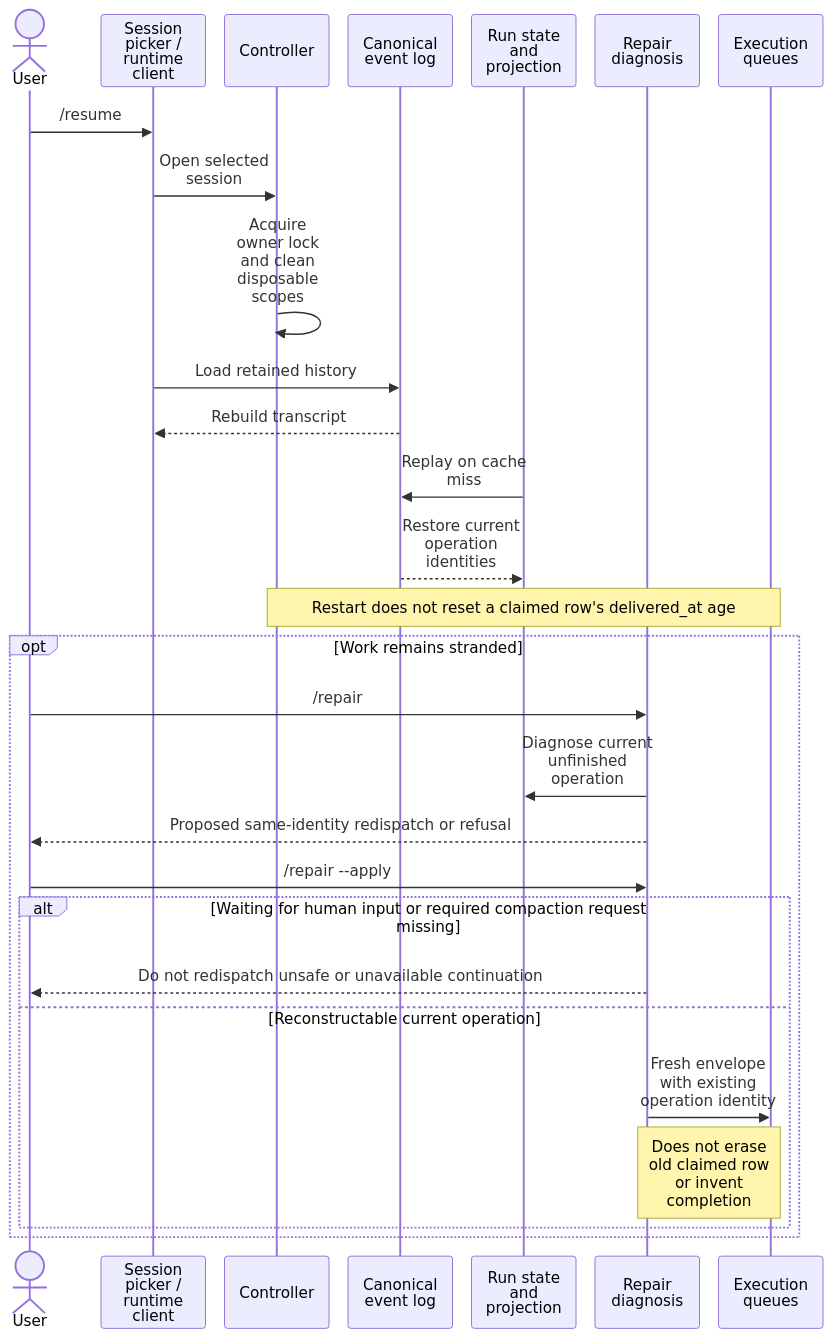
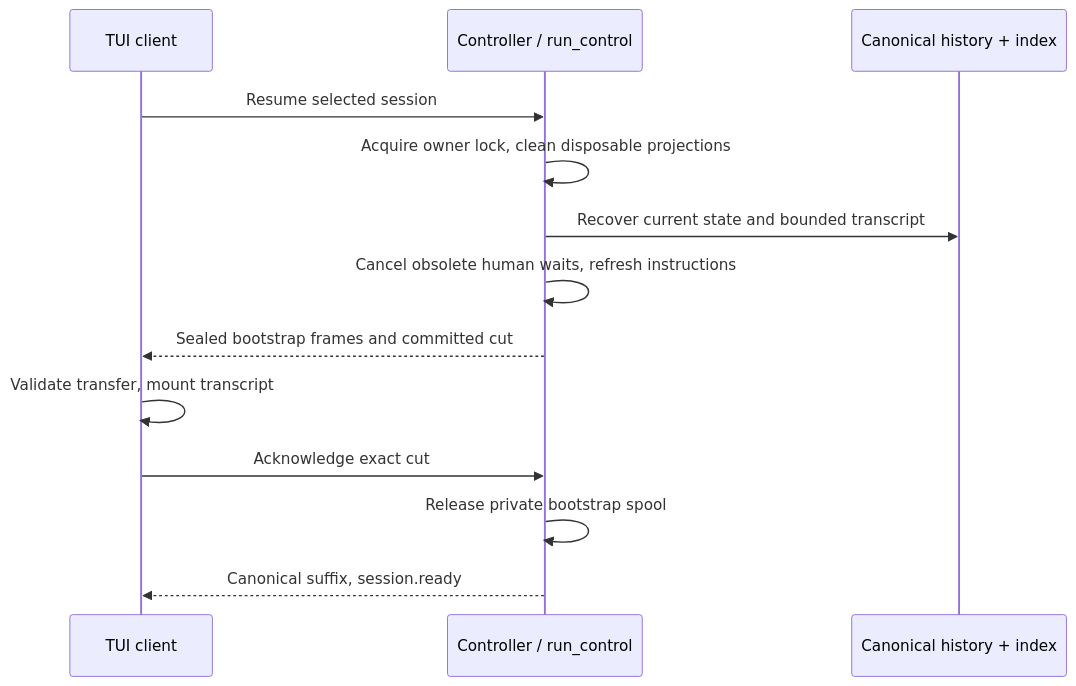
The second of 2 diagrams in architecture/state-and-recovery.md (ineersa/agent-core), drawn with Mermaid before and after one commit. The commit also changed other lines of this file and 43 other files, not shown here.

Commit message:
Refresh operational guides and runtime architecture documentation

````diff
--- a/architecture/state-and-recovery.md
+++ b/architecture/state-and-recovery.md
@@ -86,32 +58,15 @@
 ```mermaid
-%%{init: {"sequence": {"wrap": true, "width": 110, "actorMargin": 20, "diagramMarginX": 10, "messageMargin": 30}}}%%
 sequenceDiagram
-    actor User
-    participant UI as Session picker / runtime client
-    participant Owner as Controller
-    participant Log as Canonical event log
-    participant State as Run state and projection
-    participant Repair as Repair diagnosis
-    participant Queue as Execution queues
-
-    User->>UI: /resume
-    UI->>Owner: Open selected session
-    Owner->>Owner: Acquire owner lock and clean disposable scopes
-    UI->>Log: Load retained history
-    Log-->>UI: Rebuild transcript
-    State->>Log: Replay on cache miss
-    Log-->>State: Restore current operation identities
-    Note over Owner,Queue: Restart does not reset a claimed row's delivered_at age
-    opt Work remains stranded
-        User->>Repair: /repair
-        Repair->>State: Diagnose current unfinished operation
-        Repair-->>User: Proposed same-identity redispatch or refusal
-        User->>Repair: /repair --apply
-        alt Waiting for human input or required compaction request missing
-            Repair-->>User: Do not redispatch unsafe or unavailable continuation
-        else Reconstructable current operation
-            Repair->>Queue: Fresh envelope with existing operation identity
-            Note over Repair,Queue: Does not erase old claimed row or invent completion
-        end
-    end
+    participant UI as TUI client
+    participant Owner as Controller / run_control
+    participant Log as Canonical history + index
+    UI->>Owner: Resume selected session
+    Owner->>Owner: Acquire owner lock, clean disposable projections
+    Owner->>Log: Recover current state and bounded transcript
+    Owner->>Owner: Cancel obsolete human waits, refresh instructions
+    Owner-->>UI: Sealed bootstrap frames and committed cut
+    UI->>UI: Validate transfer, mount transcript
+    UI->>Owner: Acknowledge exact cut
+    Owner->>Owner: Release private bootstrap spool
+    Owner-->>UI: Canonical suffix, session.ready
 ```
````
